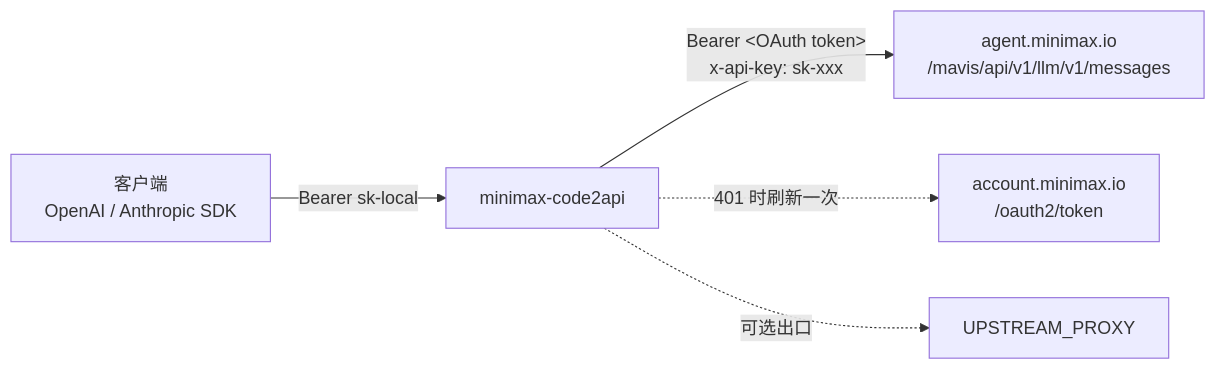
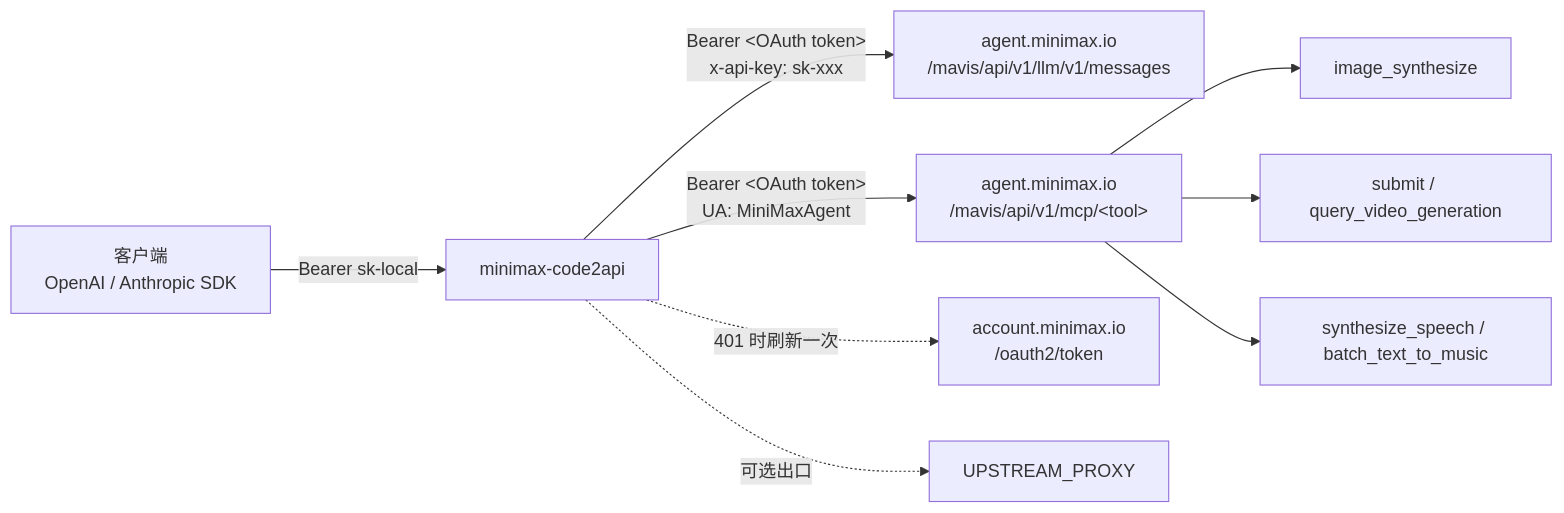
The diagram in README.md (rsfree/minimaxcode2api-com), drawn with Mermaid before and after one commit. The commit also changed other lines of this file and 8 other files, not shown here.

First line of the commit message:
feat: image, video, speech and music endpoints

````diff
--- a/README.md
+++ b/README.md
@@ -170,7 +282,11 @@
 ```mermaid
 flowchart LR
     C[客户端<br/>OpenAI / Anthropic SDK] -->|Bearer sk-local| G[minimax-code2api]
     G -->|Bearer &lt;OAuth token&gt;<br/>x-api-key: sk-xxx| U[agent.minimax.io<br/>/mavis/api/v1/llm/v1/messages]
+    G -->|Bearer &lt;OAuth token&gt;<br/>UA: MiniMaxAgent| M[agent.minimax.io<br/>/mavis/api/v1/mcp/&lt;tool&gt;]
+    M --> IMG[image_synthesize]
+    M --> VID[submit / query_video_generation]
+    M --> TTS[synthesize_speech / batch_text_to_music]
     G -.->|401 时刷新一次| O[account.minimax.io<br/>/oauth2/token]
     G -.->|可选出口| P[UPSTREAM_PROXY]
 ```
````
